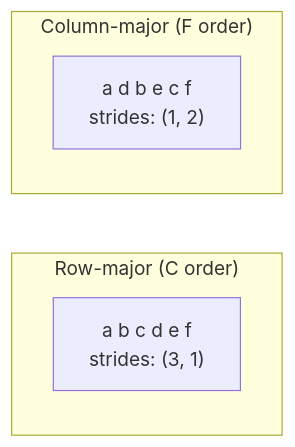
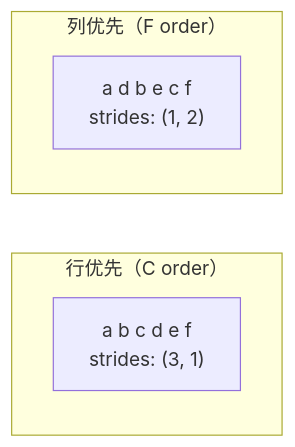
The third of 4 diagrams in phases/01-math-foundations/12-tensor-operations/docs/zh.md (JerryC8080/ai-engineering-from-scratch-zh), drawn with Mermaid before and after one commit. The commit also changed other lines of this file and 156 other files, not shown here.

First line of the commit message:
i18n(zh): translate mermaid diagram labels in 157 lesson zh.md

````diff
--- a/phases/01-math-foundations/12-tensor-operations/docs/zh.md
+++ b/phases/01-math-foundations/12-tensor-operations/docs/zh.md
@@ -69,9 +69,9 @@
 ```mermaid
 graph LR
-    subgraph "Row-major (C order)"
+    subgraph "行优先（C order）"
         R["a b c d e f<br/>strides: (3, 1)"]
     end
-    subgraph "Column-major (F order)"
+    subgraph "列优先（F order）"
         C["a d b e c f<br/>strides: (1, 2)"]
     end
 ```
````
